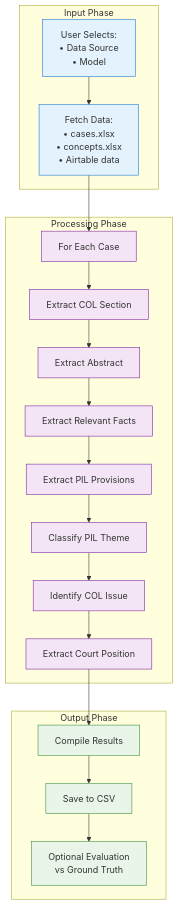
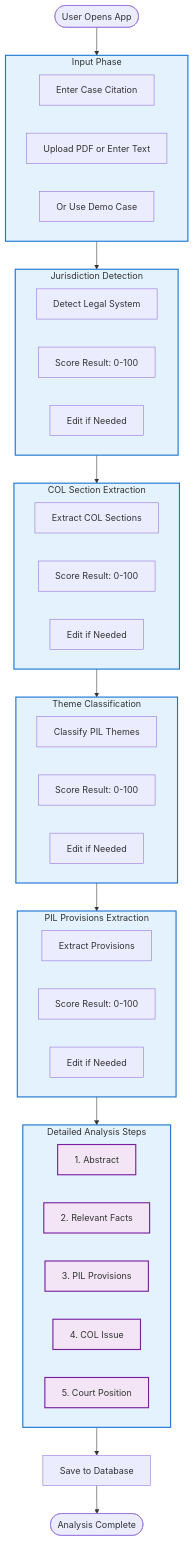
Before and after one commit to Choice-of-Law-Dataverse/cold-case-analysis: the third of 7 diagrams in docs/ARCHITECTURE.md, drawn with Mermaid. The commit also changed other lines of this file and 4 other files, not shown here.

````diff
--- a/docs/ARCHITECTURE.md
+++ b/docs/ARCHITECTURE.md
@@ -341,45 +387,61 @@
 ```mermaid
 flowchart TD
-    subgraph "Input Phase"
-        UserInput[User Selects:<br/>• Data Source<br/>• Model]
-        DataFetch[Fetch Data:<br/>• cases.xlsx<br/>• concepts.xlsx<br/>• Airtable data]
+    Start([User Opens App]) --> Input[Input Phase]
+    
+    subgraph Input[Input Phase]
+        Citation[Enter Case Citation]
+        Upload[Upload PDF or Enter Text]
+        Demo[Or Use Demo Case]
     end
     
-    subgraph "Processing Phase"
-        CaseLoop[For Each Case]
-        COLSection[Extract COL Section]
-        Abstract[Extract Abstract]
-        Facts[Extract Relevant Facts]
-        Provisions[Extract PIL Provisions]
-        Theme[Classify PIL Theme]
-        Issue[Identify COL Issue]
-        Position[Extract Court Position]
+    Input --> Jurisdiction[Jurisdiction Detection]
+    
+    subgraph Jurisdiction[Jurisdiction Detection]
+        Detect[Detect Legal System]
+        JurisScore[Score Result: 0-100]
+        JurisEdit[Edit if Needed]
     end
     
-    subgraph "Output Phase"
-        Results[Compile Results]
-        SaveCSV[Save to CSV]
-        Evaluation[Optional Evaluation<br/>vs Ground Truth]
+    Jurisdiction --> COLExtract[COL Extraction]
+    
+    subgraph COLExtract[COL Section Extraction]
+        ExtractCOL[Extract COL Sections]
+        COLScore[Score Result: 0-100]
+        COLEdit[Edit if Needed]
     end
     
-    UserInput --> DataFetch
-    DataFetch --> CaseLoop
-    CaseLoop --> COLSection
-    COLSection --> Abstract
-    Abstract --> Facts
-    Facts --> Provisions
-    Provisions --> Theme
-    Theme --> Issue
-    Issue --> Position
-    Position --> Results
-    Results --> SaveCSV
-    SaveCSV --> Evaluation
-
-    classDef input fill:#e3f2fd,stroke:#1976d2
-    classDef process fill:#f3e5f5,stroke:#7b1fa2
-    classDef output fill:#e8f5e8,stroke:#388e3c
-
-    class UserInput,DataFetch input
-    class CaseLoop,COLSection,Abstract,Facts,Provisions,Theme,Issue,Position process
-    class Results,SaveCSV,Evaluation output
+    COLExtract --> ThemeClass[Theme Classification]
+    
+    subgraph ThemeClass[Theme Classification]
+        ClassifyTheme[Classify PIL Themes]
+        ThemeScore[Score Result: 0-100]
+        ThemeEdit[Edit if Needed]
+    end
+    
+    ThemeClass --> PILProv[PIL Provisions]
+    
+    subgraph PILProv[PIL Provisions Extraction]
+        ExtractProv[Extract Provisions]
+        ProvScore[Score Result: 0-100]
+        ProvEdit[Edit if Needed]
+    end
+    
+    PILProv --> Analysis[Detailed Analysis]
+    
+    subgraph Analysis[Detailed Analysis Steps]
+        Abstract[1. Abstract]
+        Facts[2. Relevant Facts]
+        Provisions[3. PIL Provisions]
+        Issue[4. COL Issue]
+        Position[5. Court Position]
+    end
+    
+    Analysis --> Save[Save to Database]
+    Save --> Complete([Analysis Complete])
+    
+    classDef phase fill:#e3f2fd,stroke:#1976d2,stroke-width:2px
+    classDef step fill:#f3e5f5,stroke:#7b1fa2,stroke-width:2px
+    
+    class Input,Jurisdiction,COLExtract,ThemeClass,PILProv,Analysis phase
+    class Abstract,Facts,Provisions,Issue,Position step
 ```
````
